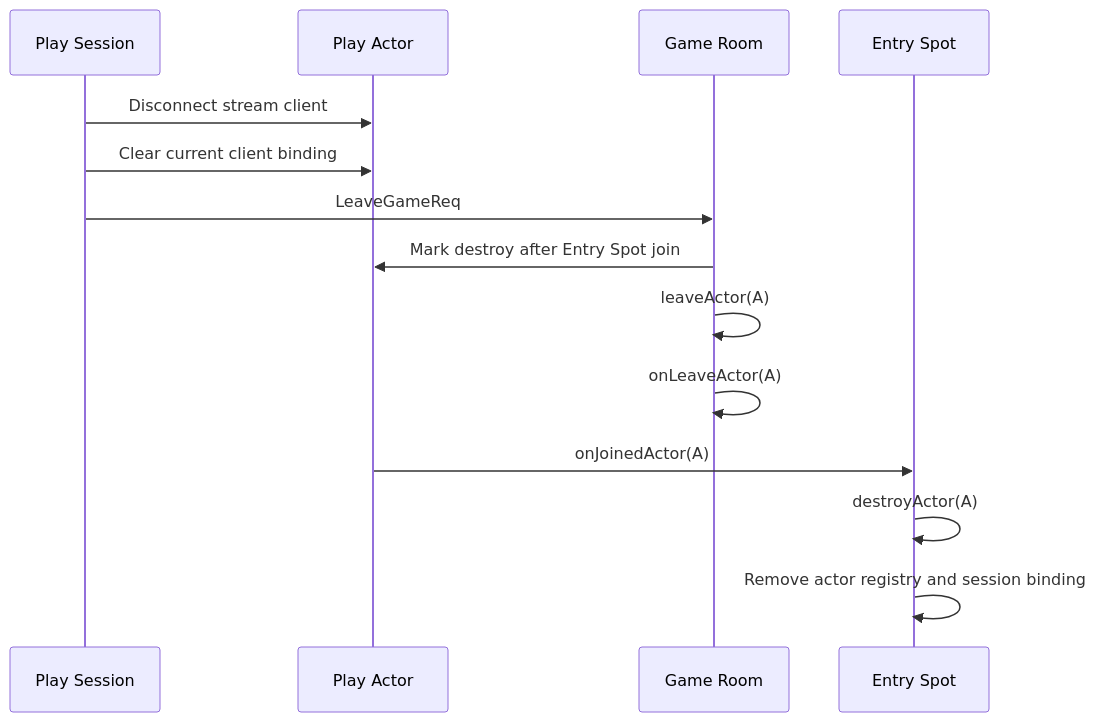
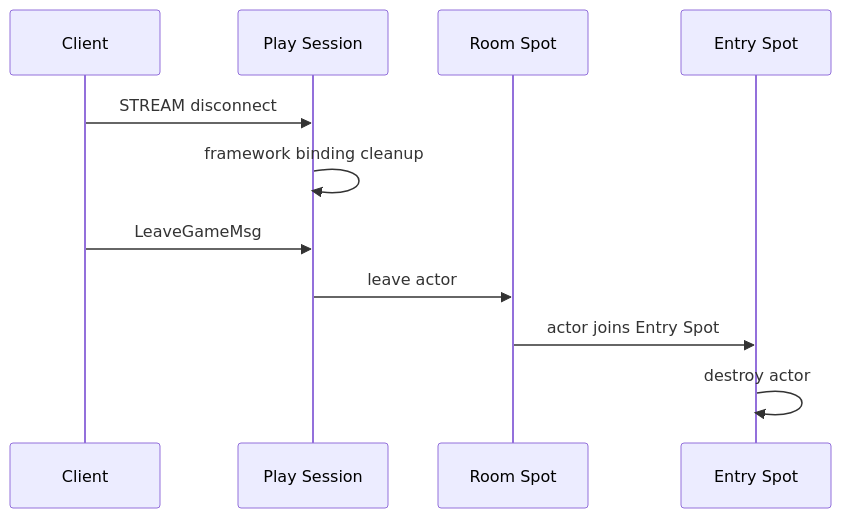
Before and after one commit to kairos-code-dev/zlink: the fifth of 5 diagrams in framework/doc/framework/common/sample/tictactoe/README.ko.md, drawn with Mermaid. The commit also changed other lines of this file and 39 other files, not shown here.

````diff
--- a/framework/doc/framework/common/sample/tictactoe/README.ko.md
+++ b/framework/doc/framework/common/sample/tictactoe/README.ko.md
@@ -879,17 +405,14 @@
 ```mermaid
 sequenceDiagram
-    participant S as Play Session
-    participant A as Play Actor
-    participant R as Game Room
+    participant C as Client
+    participant P as Play Session
+    participant R as Room Spot
     participant E as Entry Spot
 
-    S->>A: Disconnect stream client
-    S->>A: Clear current client binding
-    S->>R: LeaveGameReq
-    R->>A: Mark destroy after Entry Spot join
-    R->>R: leaveActor(A)
-    R->>R: onLeaveActor(A)
-    A->>E: onJoinedActor(A)
-    E->>E: destroyActor(A)
-    E->>E: Remove actor registry and session binding
+    C->>P: STREAM disconnect
+    P->>P: framework binding cleanup
+    C->>P: LeaveGameMsg
+    P->>R: leave actor
+    R->>E: actor joins Entry Spot
+    E->>E: destroy actor
 ```
````
